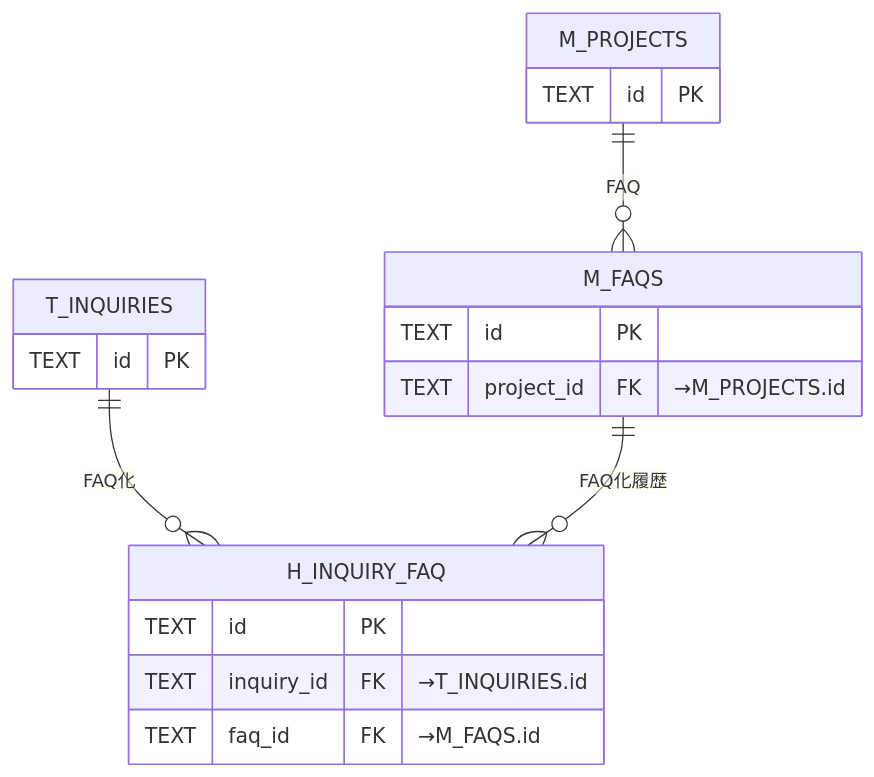
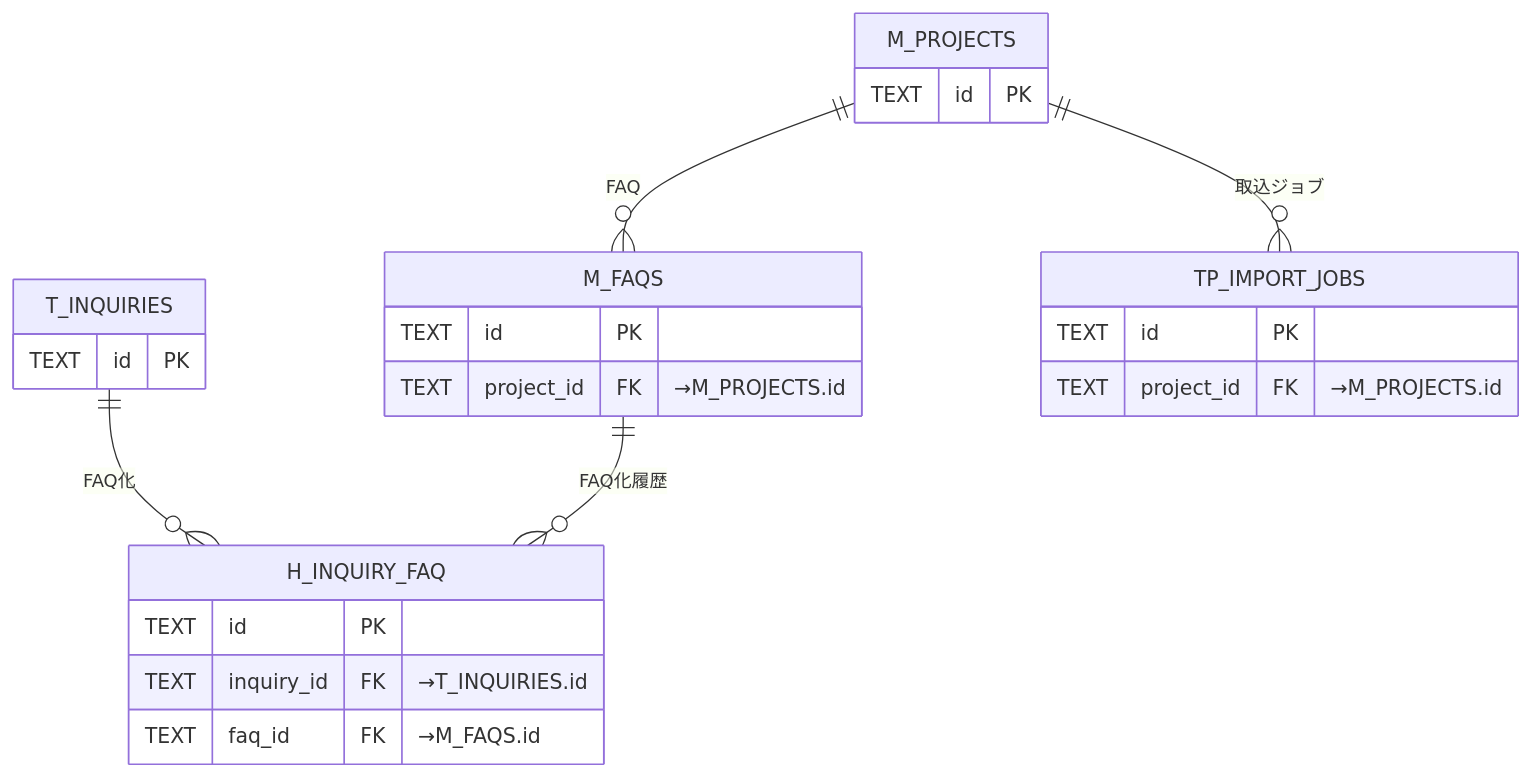
Before and after one commit to sikakou54/open-faq: the sixth of 12 diagrams in 02_basic_design/02_backend/04_database/index.md, drawn with Mermaid. The commit also changed other lines of this file and 9 other files, not shown here.

````diff
--- a/02_basic_design/02_backend/04_database/index.md
+++ b/02_basic_design/02_backend/04_database/index.md
@@ -187,13 +188,16 @@
 ```mermaid
 erDiagram
   M_FAQS { TEXT id PK
     TEXT project_id FK "→M_PROJECTS.id" }
   H_INQUIRY_FAQ { TEXT id PK
     TEXT inquiry_id FK "→T_INQUIRIES.id"
     TEXT faq_id FK "→M_FAQS.id" }
   M_PROJECTS { TEXT id PK }
   T_INQUIRIES { TEXT id PK }
+  TP_IMPORT_JOBS { TEXT id PK
+    TEXT project_id FK "→M_PROJECTS.id" }
   M_PROJECTS ||--o{ M_FAQS : "FAQ"
   T_INQUIRIES ||--o{ H_INQUIRY_FAQ : "FAQ化"
   M_FAQS ||--o{ H_INQUIRY_FAQ : "FAQ化履歴"
+  M_PROJECTS ||--o{ TP_IMPORT_JOBS : "取込ジョブ"
 ```
````
